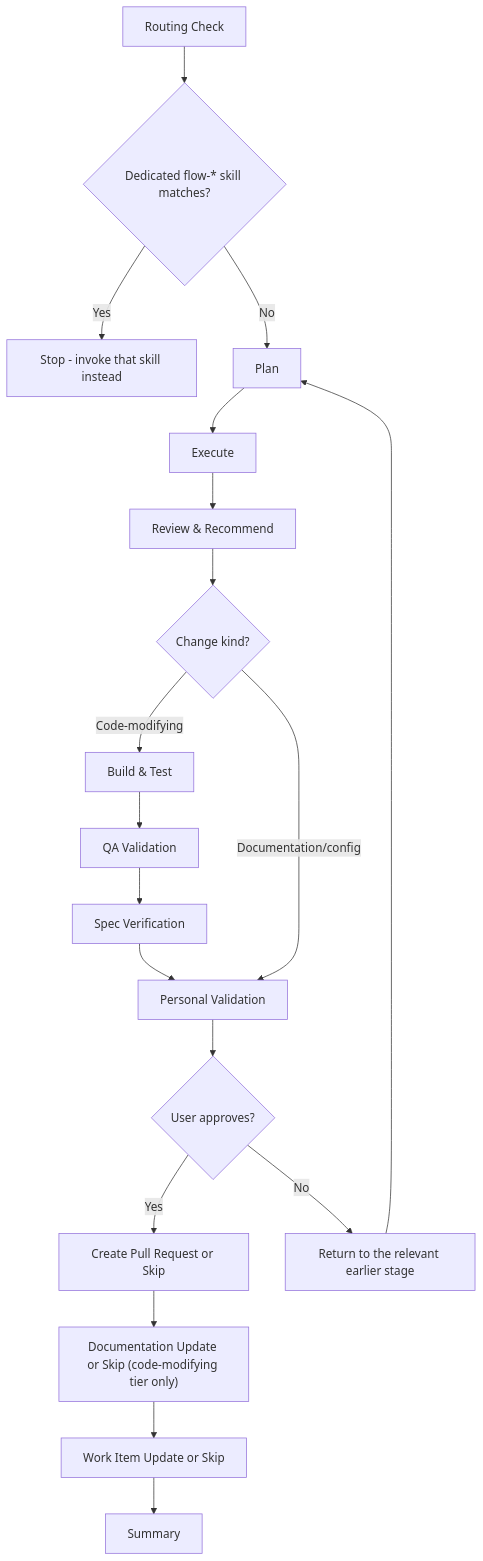
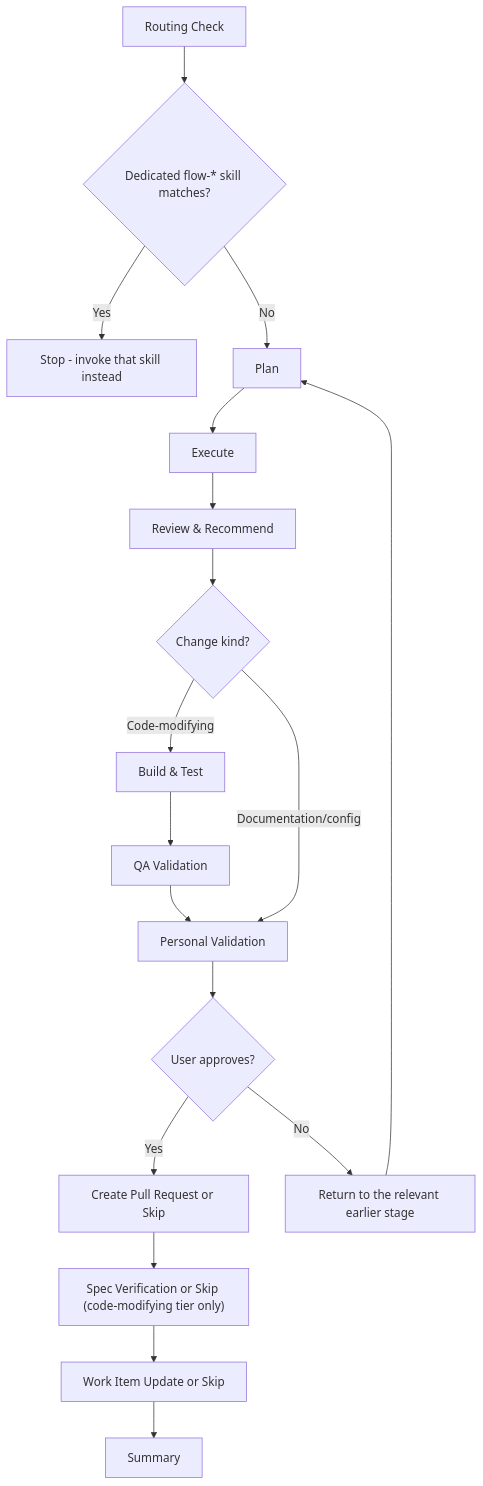
Before and after one commit to JSdotNet/devbook: diagram 16 of 16 in plugins/delivery/FLOW-DIAGRAMS.md, drawn with Mermaid. The commit also changed other lines of this file and 42 other files, not shown here.

First line of the commit message:
Spec Verification replaces Documentation Update

````diff
--- a/plugins/delivery/FLOW-DIAGRAMS.md
+++ b/plugins/delivery/FLOW-DIAGRAMS.md
@@ -494,21 +476,20 @@
 ```mermaid
 flowchart TD
     A["Routing Check"] --> Z{Dedicated flow-* skill matches?}
     Z -->|Yes| Y["Stop - invoke that skill instead"]
     Z -->|No| B["Plan"]
     B --> C["Execute"]
     C --> D["Review & Recommend"]
     D --> K{Change kind?}
     K -->|Code-modifying| E["Build & Test"]
     E --> F["QA Validation"]
-    F --> SV["Spec Verification"]
-    SV --> G["Personal Validation"]
+    F --> G["Personal Validation"]
     K -->|Documentation/config| G
     G --> H{User approves?}
     H -->|Yes| I["Create Pull Request or Skip"]
     H -->|No| J["Return to the relevant earlier stage"]
     J --> B
-    I --> V["Documentation Update or Skip (code-modifying tier only)"]
+    I --> V["Spec Verification or Skip (code-modifying tier only)"]
     V --> U["Work Item Update or Skip"]
     U --> S["Summary"]
 ```
````
